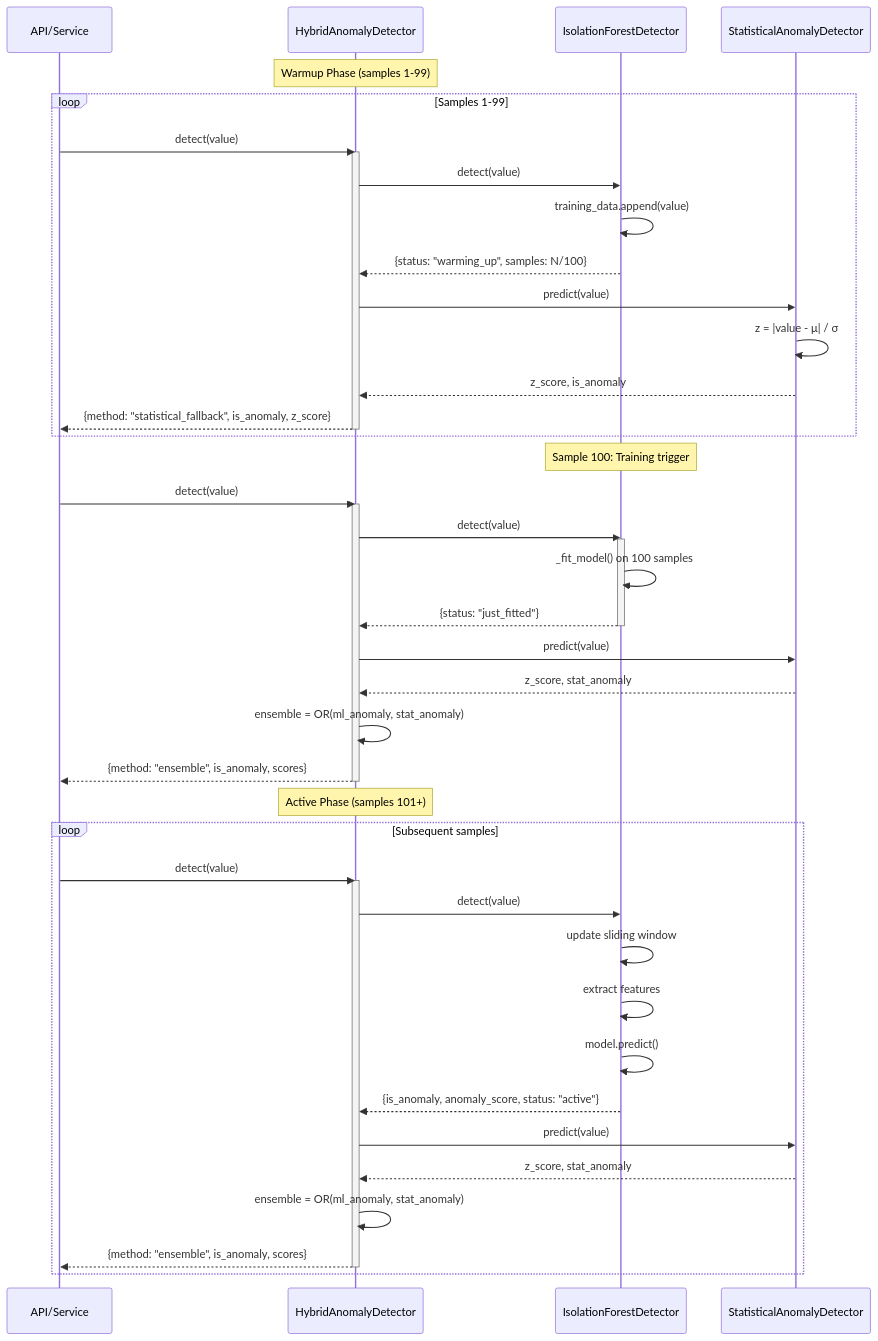
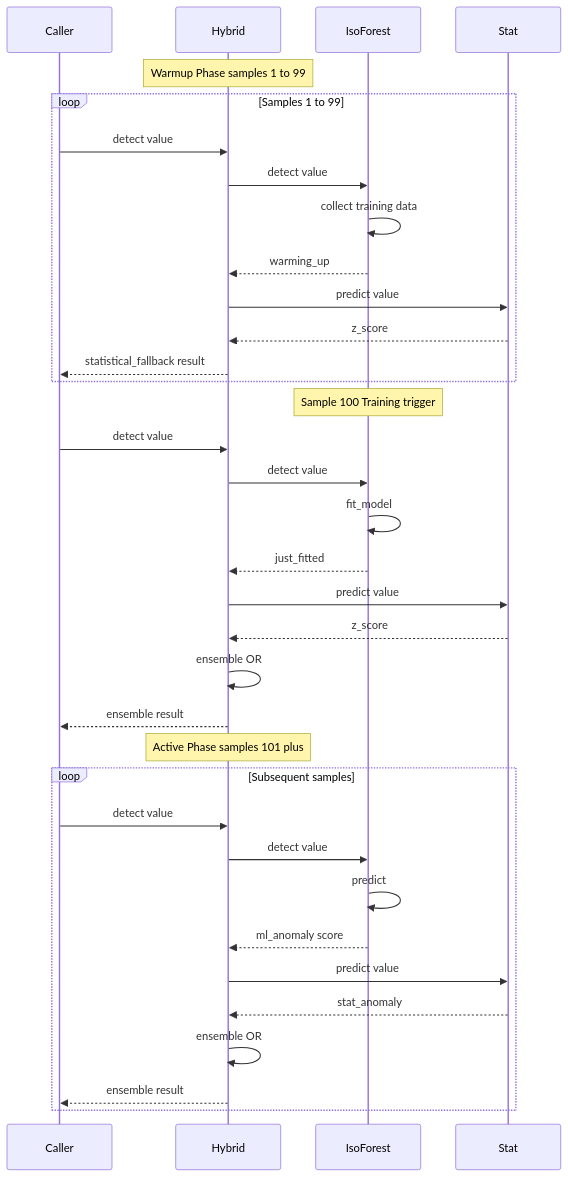
Before and after one commit to Taki224/AI-Architecture-and-Cloud-Computing-Final-Project: the fifth of 5 diagrams in plans/sequence.md, drawn with Mermaid. The commit also changed other lines of this file and 3 other files, not shown here.

Commit message:
refactor: Update sequence diagrams for clarity and consistency

````diff
--- a/plans/sequence.md
+++ b/plans/sequence.md
@@ -192,54 +159,43 @@
 ```mermaid
 sequenceDiagram
-    participant Caller as API/Service
-    participant Hybrid as HybridAnomalyDetector
-    participant IsoForest as IsolationForestDetector
-    participant Stat as StatisticalAnomalyDetector
+    participant Caller
+    participant Hybrid
+    participant IsoForest
+    participant Stat
 
-    Note over Hybrid: Warmup Phase (samples 1-99)
+    Note over Hybrid: Warmup Phase samples 1 to 99
     
-    loop Samples 1-99
-        Caller->>Hybrid: detect(value)
-        activate Hybrid
-        Hybrid->>IsoForest: detect(value)
-        IsoForest->>IsoForest: training_data.append(value)
-        IsoForest-->>Hybrid: {status: "warming_up", samples: N/100}
-        Hybrid->>Stat: predict(value)
-        Stat->>Stat: z = |value - μ| / σ
-        Stat-->>Hybrid: z_score, is_anomaly
-        Hybrid-->>Caller: {method: "statistical_fallback", is_anomaly, z_score}
-        deactivate Hybrid
+    loop Samples 1 to 99
+        Caller->>Hybrid: detect value
+        Hybrid->>IsoForest: detect value
+        IsoForest->>IsoForest: collect training data
+        IsoForest-->>Hybrid: warming_up
+        Hybrid->>Stat: predict value
+        Stat-->>Hybrid: z_score
+        Hybrid-->>Caller: statistical_fallback result
     end
 
-    Note over IsoForest: Sample 100: Training trigger
+    Note over IsoForest: Sample 100 Training trigger
     
-    Caller->>Hybrid: detect(value)
-    activate Hybrid
-    Hybrid->>IsoForest: detect(value)
-    activate IsoForest
-    IsoForest->>IsoForest: _fit_model() on 100 samples
-    IsoForest-->>Hybrid: {status: "just_fitted"}
-    deactivate IsoForest
-    Hybrid->>Stat: predict(value)
-    Stat-->>Hybrid: z_score, stat_anomaly
-    Hybrid->>Hybrid: ensemble = OR(ml_anomaly, stat_anomaly)
-    Hybrid-->>Caller: {method: "ensemble", is_anomaly, scores}
-    deactivate Hybrid
+    Caller->>Hybrid: detect value
+    Hybrid->>IsoForest: detect value
+    IsoForest->>IsoForest: fit_model
+    IsoForest-->>Hybrid: just_fitted
+    Hybrid->>Stat: predict value
+    Stat-->>Hybrid: z_score
+    Hybrid->>Hybrid: ensemble OR
+    Hybrid-->>Caller: ensemble result
 
-    Note over Hybrid: Active Phase (samples 101+)
+    Note over Hybrid: Active Phase samples 101 plus
     
     loop Subsequent samples
-        Caller->>Hybrid: detect(value)
-        activate Hybrid
-        Hybrid->>IsoForest: detect(value)
-        IsoForest->>IsoForest: update sliding window
-        IsoForest->>IsoForest: extract features
-        IsoForest->>IsoForest: model.predict()
-        IsoForest-->>Hybrid: {is_anomaly, anomaly_score, status: "active"}
-        Hybrid->>Stat: predict(value)
-        Stat-->>Hybrid: z_score, stat_anomaly
-        Hybrid->>Hybrid: ensemble = OR(ml_anomaly, stat_anomaly)
-        Hybrid-->>Caller: {method: "ensemble", is_anomaly, scores}
-        deactivate Hybrid
+        Caller->>Hybrid: detect value
+        Hybrid->>IsoForest: detect value
+        IsoForest->>IsoForest: predict
+        IsoForest-->>Hybrid: ml_anomaly score
+        Hybrid->>Stat: predict value
+        Stat-->>Hybrid: stat_anomaly
+        Hybrid->>Hybrid: ensemble OR
+        Hybrid-->>Caller: ensemble result
     end
 ```
````
